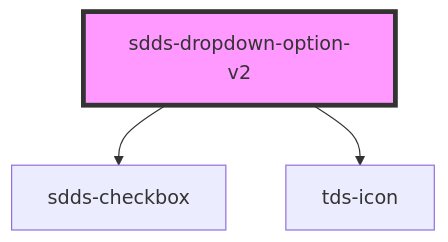
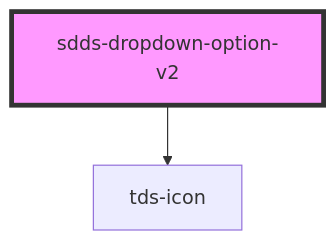
Before and after one commit to scania-digital-design-system/tegel: the diagram in core/src/components/dropdown-v2/dropdown-option-v2/readme.md, drawn with Mermaid. The commit also changed other lines of this file and 5 other files, not shown here.

````diff
--- a/core/src/components/dropdown-v2/dropdown-option-v2/readme.md
+++ b/core/src/components/dropdown-v2/dropdown-option-v2/readme.md
@@ -46,6 +45,5 @@
 ```mermaid
 graph TD;
-  sdds-dropdown-option-v2 --> sdds-checkbox
   sdds-dropdown-option-v2 --> tds-icon
   style sdds-dropdown-option-v2 fill:#f9f,stroke:#333,stroke-width:4px
 ```
````
